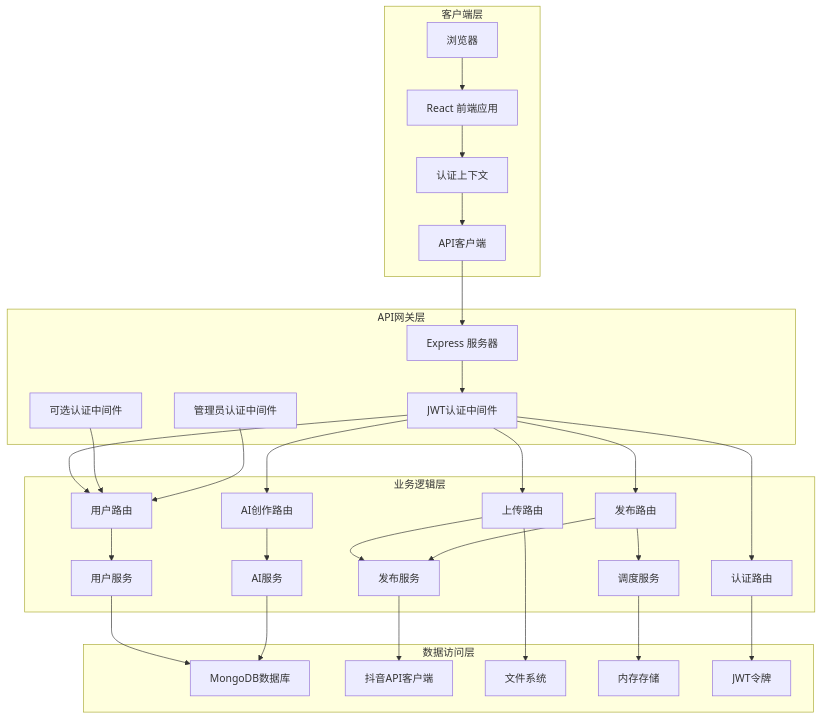
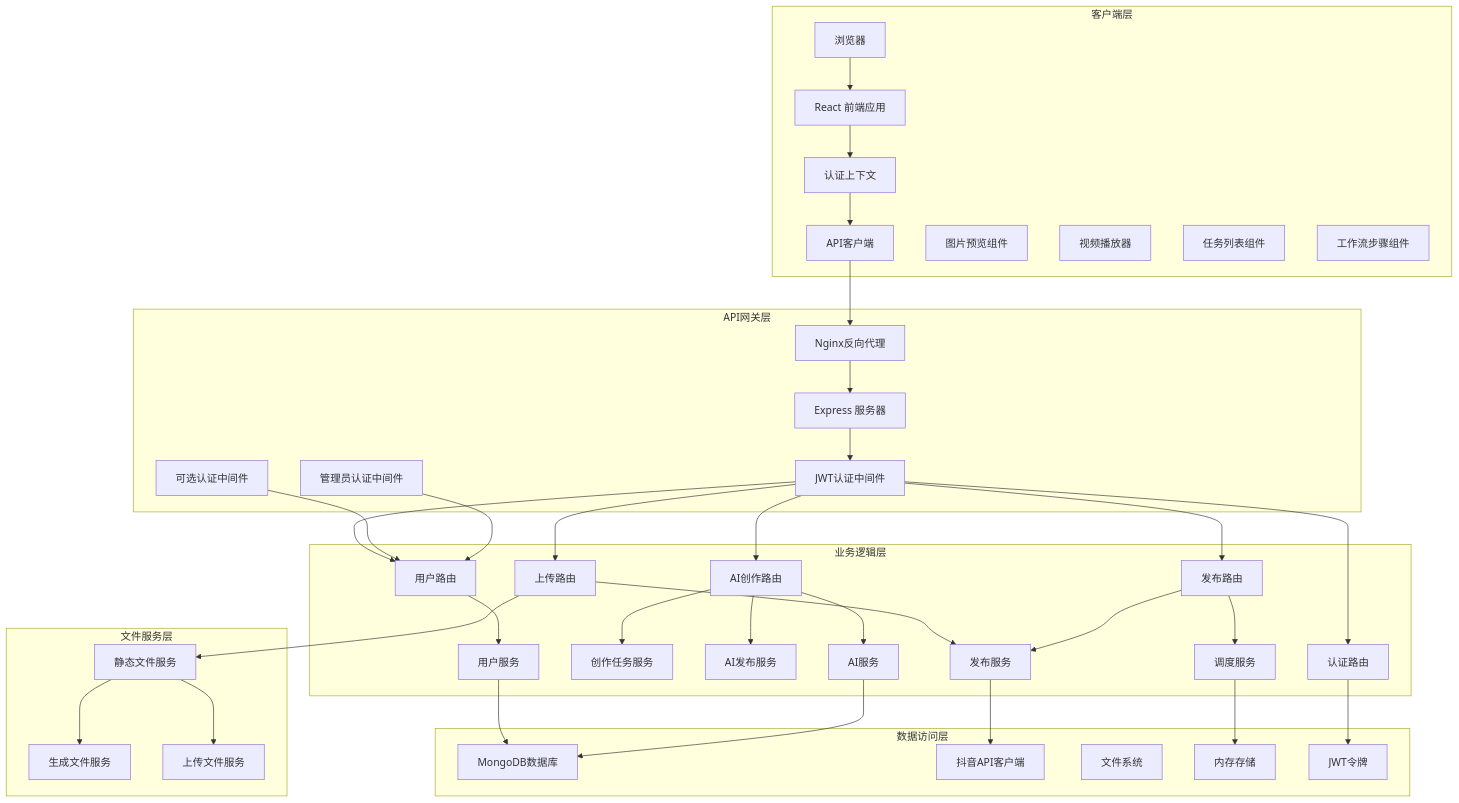
The second of 17 diagrams in .qoder/repowiki/zh/content/核心模块详解/Web界面系统/Web界面系统.md (songdiyang/clawOperations), drawn with Mermaid before and after one commit. The commit also changed other lines of this file and 10 other files, not shown here.

````diff
--- a/.qoder/repowiki/zh/content/核心模块详解/Web界面系统/Web界面系统.md
+++ b/.qoder/repowiki/zh/content/核心模块详解/Web界面系统/Web界面系统.md
@@ -134,56 +152,73 @@
 ```mermaid
 graph TB
 subgraph "客户端层"
 Browser[浏览器]
 ReactApp[React 前端应用]
 AuthContext[认证上下文]
 API[API客户端]
+ImagePreview[图片预览组件]
+VideoPlayer[视频播放器]
+TaskList[任务列表组件]
+WorkflowSteps[工作流步骤组件]
 end
 subgraph "API网关层"
+Nginx[Nginx反向代理]
 ExpressServer[Express 服务器]
 AuthMiddleware[JWT认证中间件]
 OptionalAuth[可选认证中间件]
 AdminAuth[管理员认证中间件]
 end
 subgraph "业务逻辑层"
 UserRoute[用户路由]
 AuthRoute[认证路由]
 UploadRoute[上传路由]
 PublishRoute[发布路由]
 AIRoute[AI创作路由]
+CreationTaskService[创作任务服务]
+AIPublishService[AI发布服务]
 PublisherService[发布服务]
 SchedulerService[调度服务]
 AIService[AI服务]
 UserService[用户服务]
+end
+subgraph "文件服务层"
+StaticFiles[静态文件服务]
+GeneratedFiles[生成文件服务]
+UploadFiles[上传文件服务]
 end
 subgraph "数据访问层"
 MongoDB[MongoDB数据库]
 DouyinClient[抖音API客户端]
 FileSystem[文件系统]
 MemoryStorage[内存存储]
 JWT[JWT令牌]
 end
 Browser --> ReactApp
 ReactApp --> AuthContext
 AuthContext --> API
-API --> ExpressServer
+API --> Nginx
+Nginx --> ExpressServer
 ExpressServer --> AuthMiddleware
 AuthMiddleware --> UserRoute
 AuthMiddleware --> AuthRoute
 AuthMiddleware --> UploadRoute
 AuthMiddleware --> PublishRoute
 AuthMiddleware --> AIRoute
 OptionalAuth --> UserRoute
 AdminAuth --> UserRoute
 UserRoute --> UserService
 AuthRoute --> JWT
 UploadRoute --> PublisherService
 PublishRoute --> PublisherService
 PublishRoute --> SchedulerService
 AIRoute --> AIService
+AIRoute --> CreationTaskService
+AIRoute --> AIPublishService
 PublisherService --> DouyinClient
-UploadRoute --> FileSystem
+UploadRoute --> StaticFiles
+StaticFiles --> GeneratedFiles
+StaticFiles --> UploadFiles
 SchedulerService --> MemoryStorage
 UserService --> MongoDB
 AIService --> MongoDB
 ```
````
